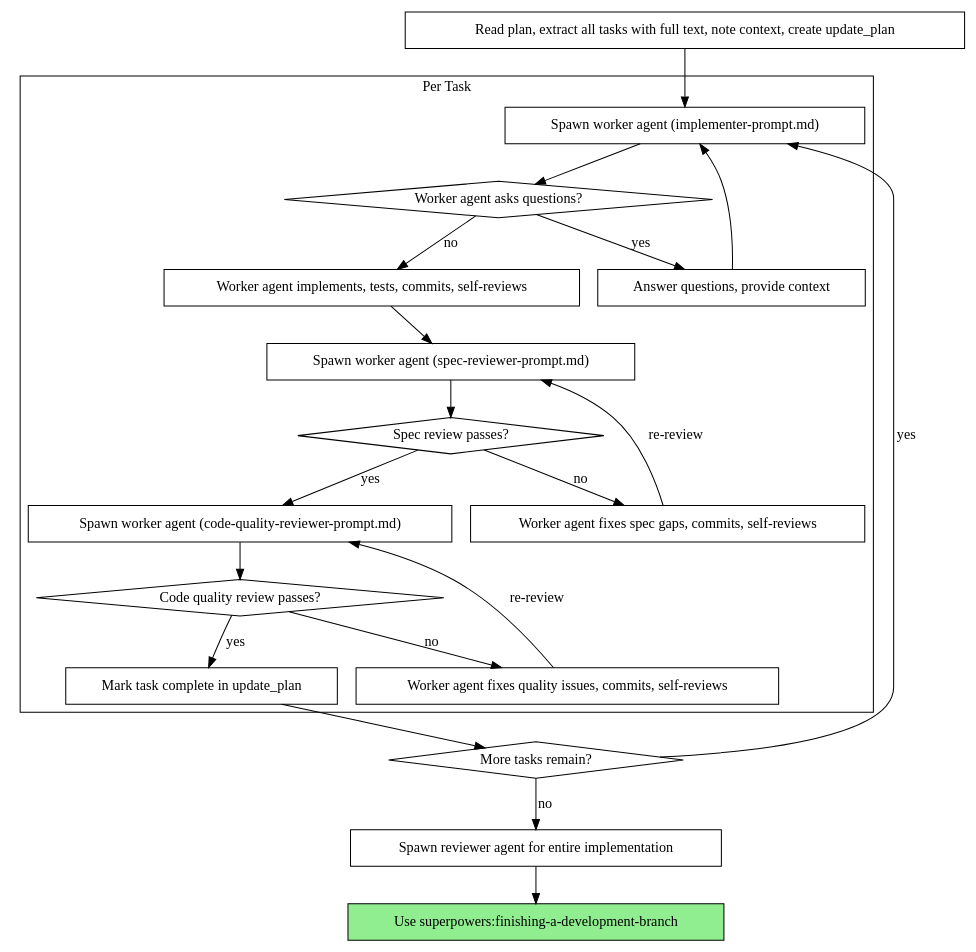
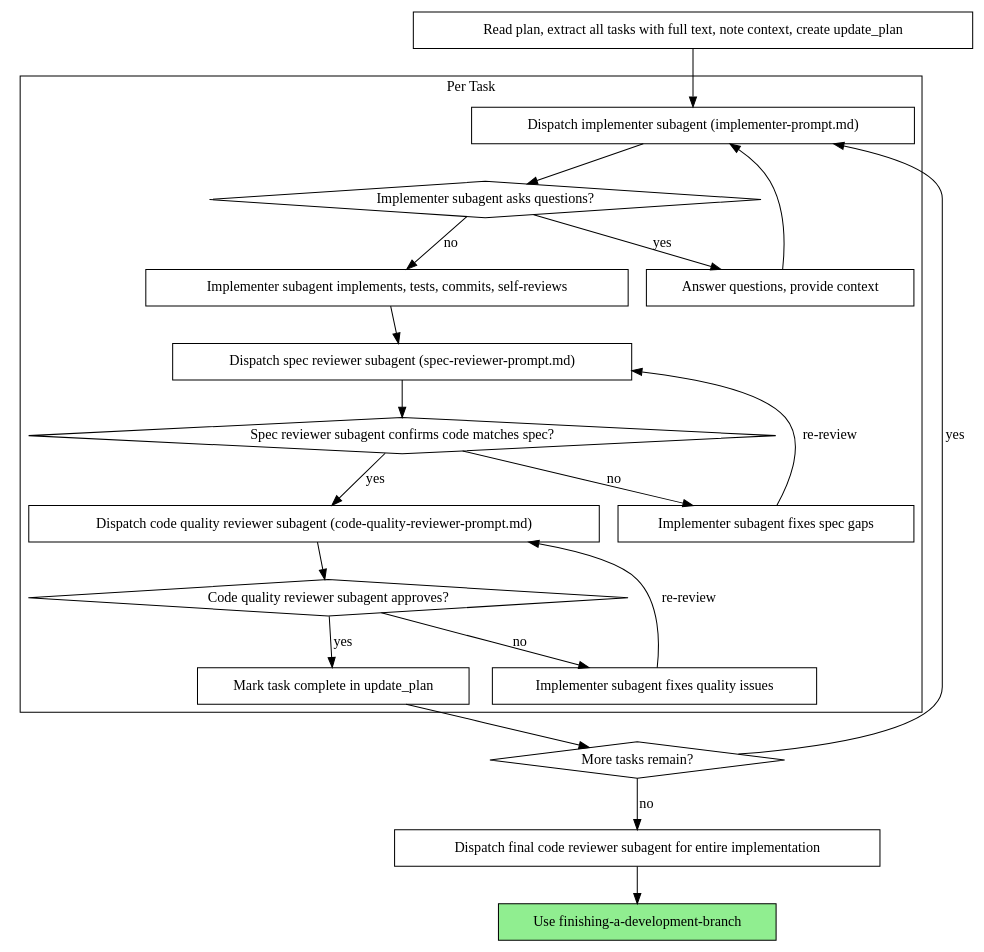
Before and after one commit to obra/superpowers: the second of 2 diagrams in skills/subagent-driven-development/SKILL.md, drawn with Graphviz. The commit also changed other lines of this file and 27 other files, not shown here.

````diff
--- a/skills/subagent-driven-development/SKILL.md
+++ b/skills/subagent-driven-development/SKILL.md
@@ -42,44 +42,44 @@
 ```dot
 digraph process {
     rankdir=TB;
 
     subgraph cluster_per_task {
         label="Per Task";
-        "Spawn worker agent (implementer-prompt.md)" [shape=box];
-        "Worker agent asks questions?" [shape=diamond];
+        "Dispatch implementer subagent (implementer-prompt.md)" [shape=box];
+        "Implementer subagent asks questions?" [shape=diamond];
         "Answer questions, provide context" [shape=box];
-        "Worker agent implements, tests, commits, self-reviews" [shape=box];
-        "Spawn worker agent (spec-reviewer-prompt.md)" [shape=box];
-        "Spec review passes?" [shape=diamond];
-        "Worker agent fixes spec gaps, commits, self-reviews" [shape=box];
-        "Spawn worker agent (code-quality-reviewer-prompt.md)" [shape=box];
-        "Code quality review passes?" [shape=diamond];
-        "Worker agent fixes quality issues, commits, self-reviews" [shape=box];
+        "Implementer subagent implements, tests, commits, self-reviews" [shape=box];
+        "Dispatch spec reviewer subagent (spec-reviewer-prompt.md)" [shape=box];
+        "Spec reviewer subagent confirms code matches spec?" [shape=diamond];
+        "Implementer subagent fixes spec gaps" [shape=box];
+        "Dispatch code quality reviewer subagent (code-quality-reviewer-prompt.md)" [shape=box];
+        "Code quality reviewer subagent approves?" [shape=diamond];
+        "Implementer subagent fixes quality issues" [shape=box];
         "Mark task complete in update_plan" [shape=box];
     }
 
     "Read plan, extract all tasks with full text, note context, create update_plan" [shape=box];
     "More tasks remain?" [shape=diamond];
-    "Spawn reviewer agent for entire implementation" [shape=box];
-    "Use superpowers:finishing-a-development-branch" [shape=box style=filled fillcolor=lightgreen];
+    "Dispatch final code reviewer subagent for entire implementation" [shape=box];
+    "Use finishing-a-development-branch" [shape=box style=filled fillcolor=lightgreen];
 
-    "Read plan, extract all tasks with full text, note context, create update_plan" -> "Spawn worker agent (implementer-prompt.md)";
-    "Spawn worker agent (implementer-prompt.md)" -> "Worker agent asks questions?";
-    "Worker agent asks questions?" -> "Answer questions, provide context" [label="yes"];
-    "Answer questions, provide context" -> "Spawn worker agent (implementer-prompt.md)";
-    "Worker agent asks questions?" -> "Worker agent implements, tests, commits, self-reviews" [label="no"];
-    "Worker agent implements, tests, commits, self-reviews" -> "Spawn worker agent (spec-reviewer-prompt.md)";
-    "Spawn worker agent (spec-reviewer-prompt.md)" -> "Spec review passes?";
-    "Spec review passes?" -> "Worker agent fixes spec gaps, commits, self-reviews" [label="no"];
-    "Worker agent fixes spec gaps, commits, self-reviews" -> "Spawn worker agent (spec-reviewer-prompt.md)" [label="re-review"];
-    "Spec review passes?" -> "Spawn worker agent (code-quality-reviewer-prompt.md)" [label="yes"];
-    "Spawn worker agent (code-quality-reviewer-prompt.md)" -> "Code quality review passes?";
-    "Code quality review passes?" -> "Worker agent fixes quality issues, commits, self-reviews" [label="no"];
-    "Worker agent fixes quality issues, commits, self-reviews" -> "Spawn worker agent (code-quality-reviewer-prompt.md)" [label="re-review"];
-    "Code quality review passes?" -> "Mark task complete in update_plan" [label="yes"];
+    "Read plan, extract all tasks with full text, note context, create update_plan" -> "Dispatch implementer subagent (implementer-prompt.md)";
+    "Dispatch implementer subagent (implementer-prompt.md)" -> "Implementer subagent asks questions?";
+    "Implementer subagent asks questions?" -> "Answer questions, provide context" [label="yes"];
+    "Answer questions, provide context" -> "Dispatch implementer subagent (implementer-prompt.md)";
+    "Implementer subagent asks questions?" -> "Implementer subagent implements, tests, commits, self-reviews" [label="no"];
+    "Implementer subagent implements, tests, commits, self-reviews" -> "Dispatch spec reviewer subagent (spec-reviewer-prompt.md)";
+    "Dispatch spec reviewer subagent (spec-reviewer-prompt.md)" -> "Spec reviewer subagent confirms code matches spec?";
+    "Spec reviewer subagent confirms code matches spec?" -> "Implementer subagent fixes spec gaps" [label="no"];
+    "Implementer subagent fixes spec gaps" -> "Dispatch spec reviewer subagent (spec-reviewer-prompt.md)" [label="re-review"];
+    "Spec reviewer subagent confirms code matches spec?" -> "Dispatch code quality reviewer subagent (code-quality-reviewer-prompt.md)" [label="yes"];
+    "Dispatch code quality reviewer subagent (code-quality-reviewer-prompt.md)" -> "Code quality reviewer subagent approves?";
+    "Code quality reviewer subagent approves?" -> "Implementer subagent fixes quality issues" [label="no"];
+    "Implementer subagent fixes quality issues" -> "Dispatch code quality reviewer subagent (code-quality-reviewer-prompt.md)" [label="re-review"];
+    "Code quality reviewer subagent approves?" -> "Mark task complete in update_plan" [label="yes"];
     "Mark task complete in update_plan" -> "More tasks remain?";
-    "More tasks remain?" -> "Spawn worker agent (implementer-prompt.md)" [label="yes"];
-    "More tasks remain?" -> "Spawn reviewer agent for entire implementation" [label="no"];
-    "Spawn reviewer agent for entire implementation" -> "Use superpowers:finishing-a-development-branch";
+    "More tasks remain?" -> "Dispatch implementer subagent (implementer-prompt.md)" [label="yes"];
+    "More tasks remain?" -> "Dispatch final code reviewer subagent for entire implementation" [label="no"];
+    "Dispatch final code reviewer subagent for entire implementation" -> "Use finishing-a-development-branch";
 }
 ```
````
